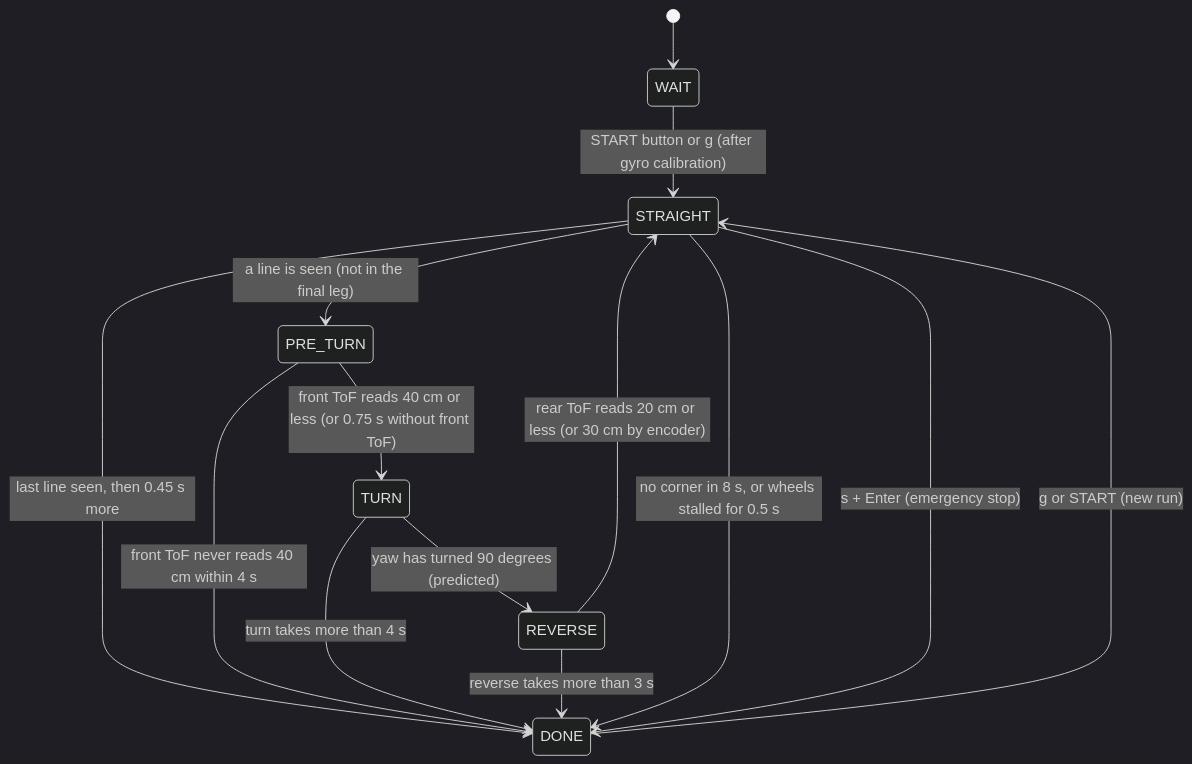
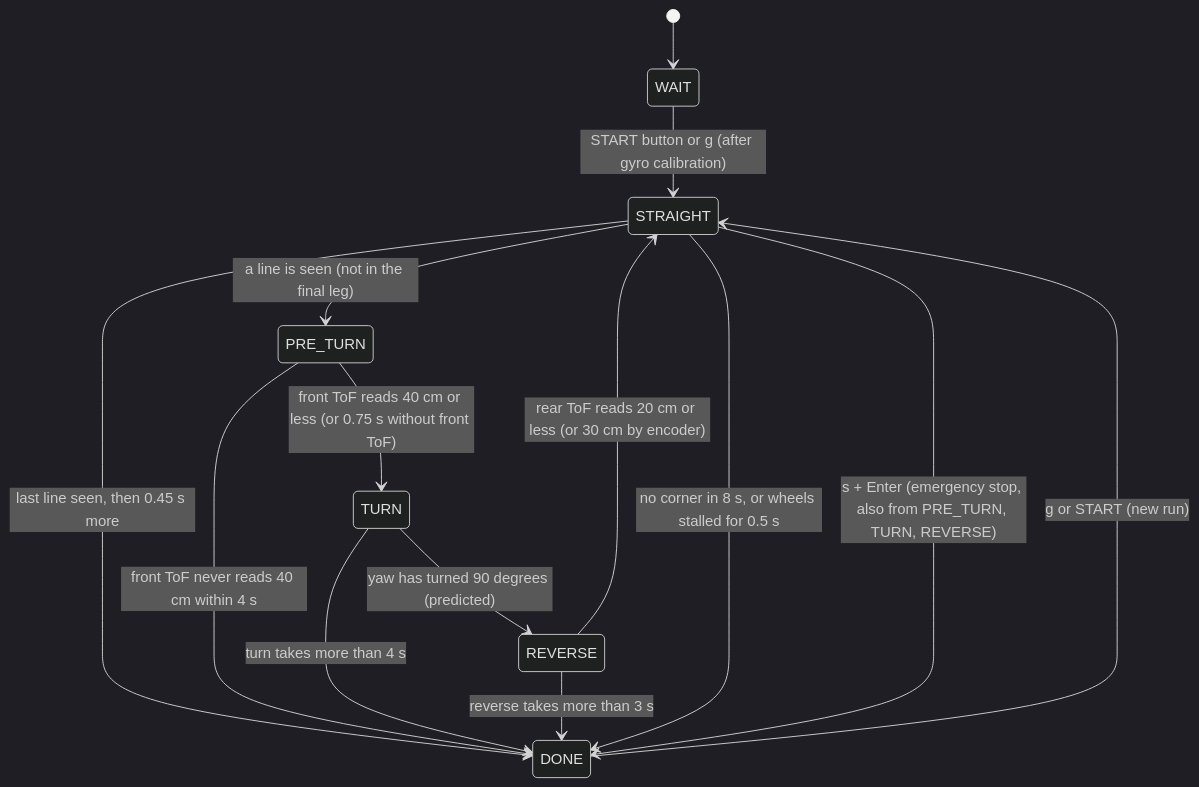
One commit to henryalejandrorieraloza-sudo/WRO-2026-Future-Engineers-Journal changed the first of 2 diagrams in src/obstacle-challenge/obstacle_challenge/README.md. Above: the diagram before and after it, drawn with Mermaid (dark theme). The commit also changed other lines of this file and 10 other files, not shown here.

````diff
--- a/src/obstacle-challenge/obstacle_challenge/README.md
+++ b/src/obstacle-challenge/obstacle_challenge/README.md
@@ -123,16 +123,16 @@
 ```mermaid
 stateDiagram-v2
     [*] --> WAIT
     WAIT --> STRAIGHT: START button or g (after gyro calibration)
     STRAIGHT --> PRE_TURN: a line is seen (not in the final leg)
     PRE_TURN --> TURN: front ToF reads 40 cm or less (or 0.75 s without front ToF)
     TURN --> REVERSE: yaw has turned 90 degrees (predicted)
     REVERSE --> STRAIGHT: rear ToF reads 20 cm or less (or 30 cm by encoder)
     STRAIGHT --> DONE: last line seen, then 0.45 s more
     PRE_TURN --> DONE: front ToF never reads 40 cm within 4 s
     TURN --> DONE: turn takes more than 4 s
     REVERSE --> DONE: reverse takes more than 3 s
     STRAIGHT --> DONE: no corner in 8 s, or wheels stalled for 0.5 s
-    STRAIGHT --> DONE: s + Enter (emergency stop)
+    STRAIGHT --> DONE: s + Enter (emergency stop, also from PRE_TURN, TURN, REVERSE)
     DONE --> STRAIGHT: g or START (new run)
 ```
````
